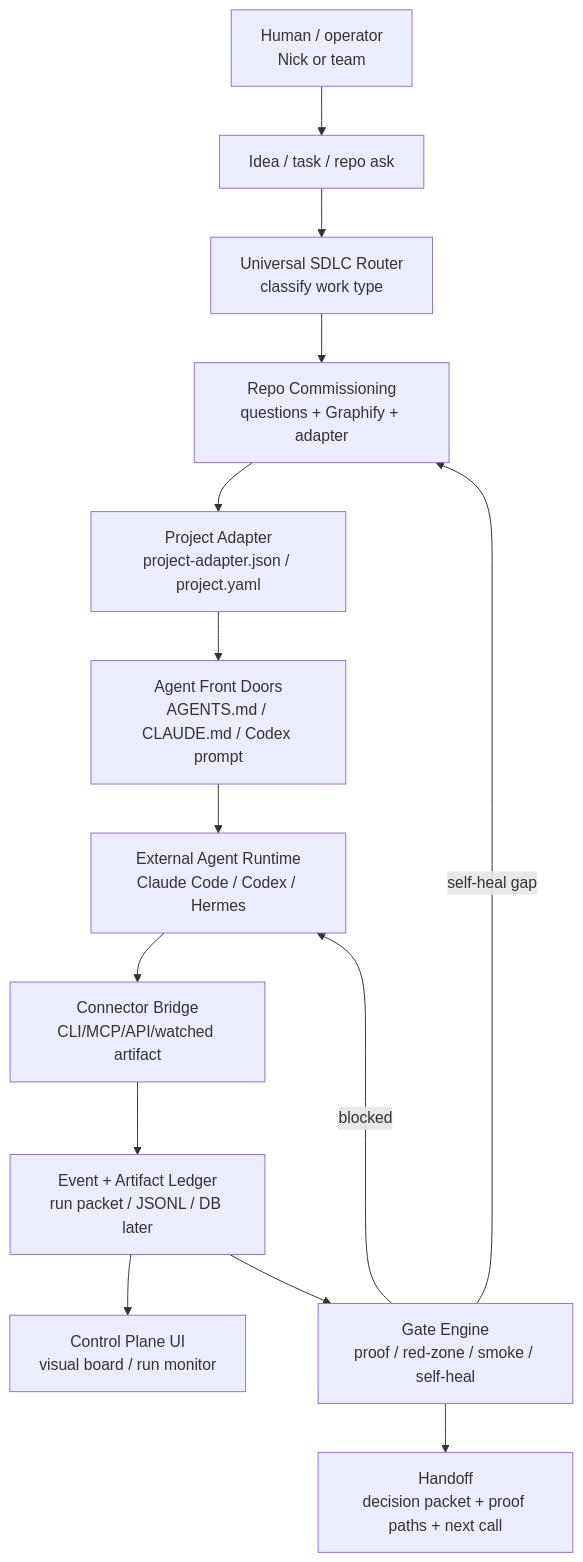
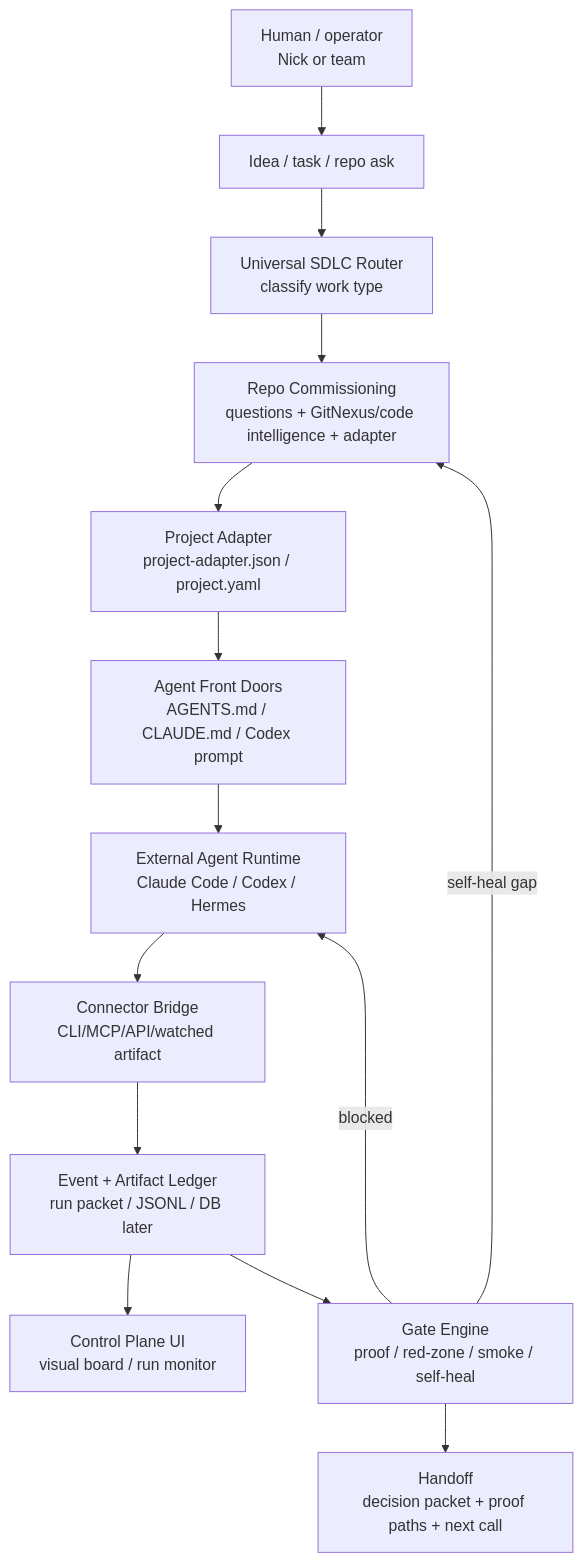
The first of 8 diagrams in docs/HARNESS_REPO_MAP.md (nickcarmonadigital/valdris-sdlc-harness), drawn with Mermaid before and after one commit. The commit also changed other lines of this file and 35 other files, not shown here.

Commit message:
feat: wire GitNexus code intelligence into harness flow

````diff
--- a/docs/HARNESS_REPO_MAP.md
+++ b/docs/HARNESS_REPO_MAP.md
@@ -57,23 +57,23 @@
 ```mermaid
 flowchart TB
   Human["Human / operator<br/>Nick or team"]
   Idea["Idea / task / repo ask"]
   Router["Universal SDLC Router<br/>classify work type"]
-  Commission["Repo Commissioning<br/>questions + Graphify + adapter"]
+  Commission["Repo Commissioning<br/>questions + GitNexus/code intelligence + adapter"]
   Adapter["Project Adapter<br/>project-adapter.json / project.yaml"]
   FrontDoors["Agent Front Doors<br/>AGENTS.md / CLAUDE.md / Codex prompt"]
   Agent["External Agent Runtime<br/>Claude Code / Codex / Hermes"]
   Bridge["Connector Bridge<br/>CLI/MCP/API/watched artifact"]
   Events["Event + Artifact Ledger<br/>run packet / JSONL / DB later"]
   Board["Control Plane UI<br/>visual board / run monitor"]
   Gates["Gate Engine<br/>proof / red-zone / smoke / self-heal"]
   Handoff["Handoff<br/>decision packet + proof paths + next call"]
 
   Human --> Idea --> Router
   Router --> Commission
   Commission --> Adapter --> FrontDoors --> Agent
   Agent --> Bridge --> Events --> Board
   Events --> Gates --> Handoff
   Gates -->|blocked| Agent
   Gates -->|self-heal gap| Commission
 ```
````
